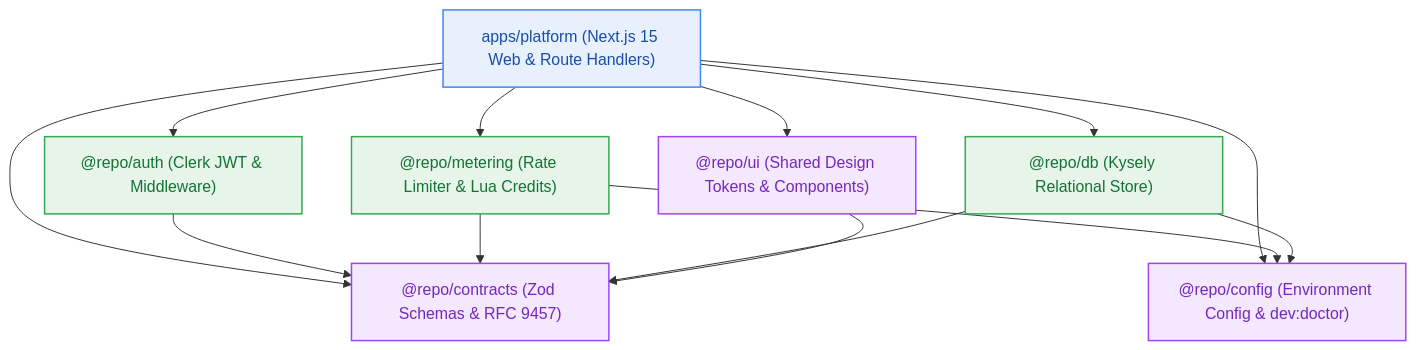
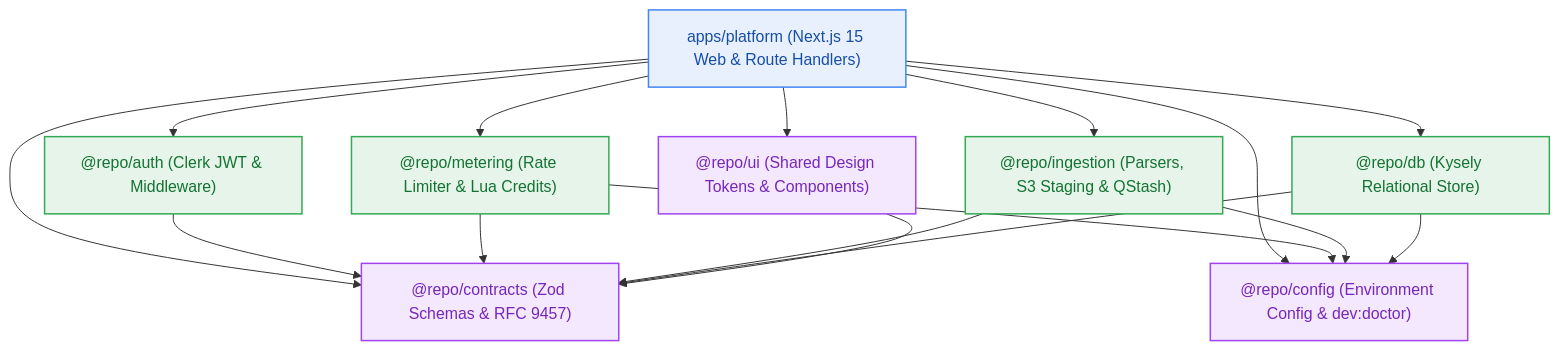
Before and after one commit to Glitch-guy0/Contextual: the diagram in _documentation/planning/registers/package-dependency-plan.md, drawn with Mermaid. The commit also changed other lines of this file and 12 other files, not shown here.

First line of the commit message:
docs(m3): seal Milestone M3 architecture plan, contracts, and CP3 handoff

````diff
--- a/_documentation/planning/registers/package-dependency-plan.md
+++ b/_documentation/planning/registers/package-dependency-plan.md
@@ -6,24 +6,27 @@
 ```mermaid
 graph TD
     APPS["apps/platform (Next.js 15 Web & Route Handlers)"] --> AUTH["@repo/auth (Clerk JWT & Middleware)"]
     APPS --> METER["@repo/metering (Rate Limiter & Lua Credits)"]
+    APPS --> INGEST["@repo/ingestion (Parsers, S3 Staging & QStash)"]
     APPS --> DB["@repo/db (Kysely Relational Store)"]
     APPS --> UI["@repo/ui (Shared Design Tokens & Components)"]
     APPS --> CONTRACTS["@repo/contracts (Zod Schemas & RFC 9457)"]
     APPS --> CONFIG["@repo/config (Environment Config & dev:doctor)"]
 
     AUTH --> CONTRACTS
     METER --> CONTRACTS
     METER --> CONFIG
+    INGEST --> CONTRACTS
+    INGEST --> CONFIG
     DB --> CONFIG
     DB --> CONTRACTS
     UI --> CONTRACTS
 
     classDef blue fill:#E8F0FE,stroke:#4285F4,stroke-width:1.5px,color:#174EA6;
     classDef green fill:#E6F4EA,stroke:#34A853,stroke-width:1.5px,color:#137333;
     classDef purple fill:#F3E8FD,stroke:#A142F4,stroke-width:1.5px,color:#7627BB;
 
     class APPS blue;
-    class AUTH,METER,DB green;
+    class AUTH,METER,INGEST,DB green;
     class UI,CONTRACTS,CONFIG purple;
 ```
````
